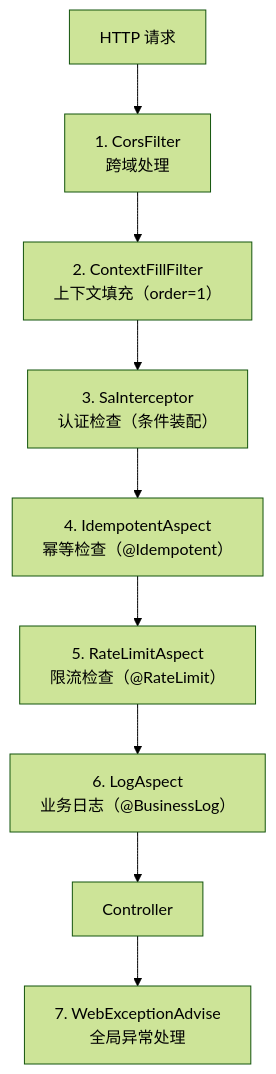
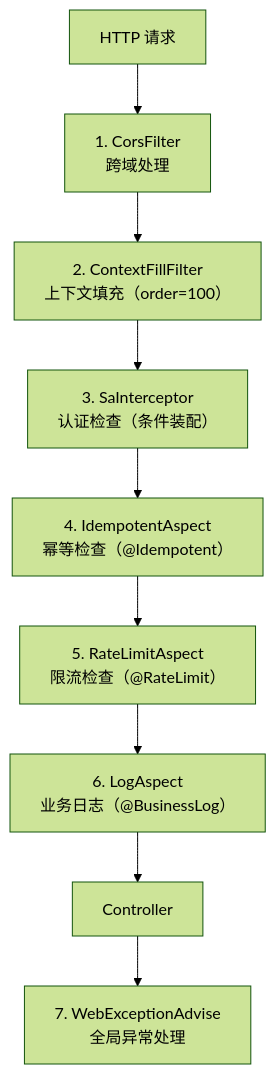
Before and after one commit to LeoNardo-LB/web-quick-start-light: the third of 3 diagrams in docs/architecture/request-lifecycle.md, drawn with Mermaid (forest theme). The commit also changed other lines of this file and 26 other files, not shown here.

````diff
--- a/docs/architecture/request-lifecycle.md
+++ b/docs/architecture/request-lifecycle.md
@@ -118,11 +119,11 @@
 ```mermaid
 graph TD
     REQ["HTTP 请求"] --> F1["1. CorsFilter<br/>跨域处理"]
-    F1 --> F2["2. ContextFillFilter<br/>上下文填充（order=1）"]
+    F1 --> F2["2. ContextFillFilter<br/>上下文填充（order=100）"]
     F2 --> I1["3. SaInterceptor<br/>认证检查（条件装配）"]
     I1 --> A1["4. IdempotentAspect<br/>幂等检查（@Idempotent）"]
     A1 --> A2["5. RateLimitAspect<br/>限流检查（@RateLimit）"]
     A2 --> A3["6. LogAspect<br/>业务日志（@BusinessLog）"]
     A3 --> CTRL["Controller"]
     CTRL --> FAULT["7. WebExceptionAdvise<br/>全局异常处理"]
 ```
````
